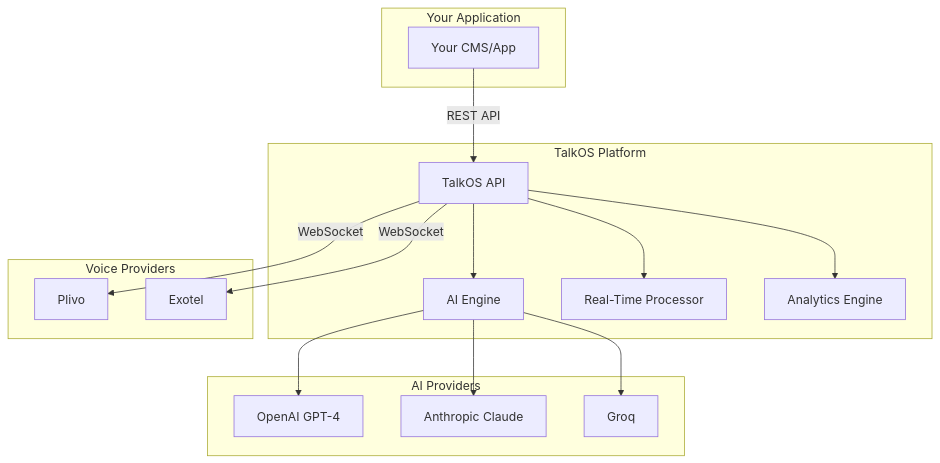
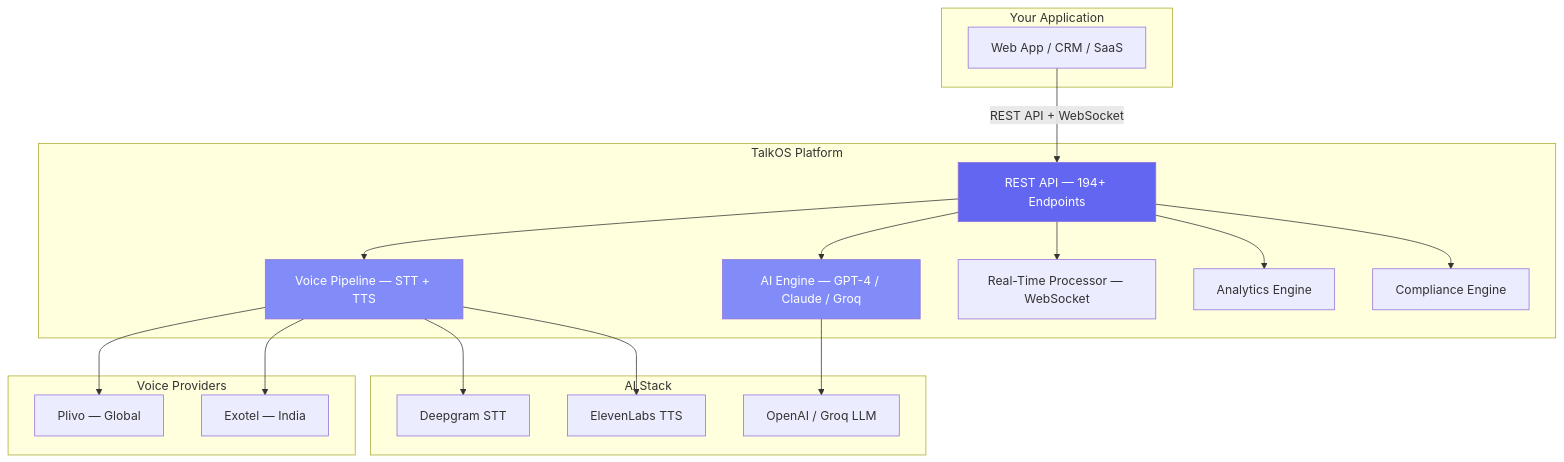
One commit to hearufun/docs changed the diagram in introduction.mdx. Above: the diagram before and after it, drawn with Mermaid. The commit also changed other lines of this file and 20 other files, not shown here.

````diff
--- a/introduction.mdx
+++ b/introduction.mdx
@@ -93,34 +124,42 @@
 ```mermaid
 graph TB
     subgraph "Your Application"
-        A[Your CMS/App]
+        A[Web App / CRM / SaaS]
     end
     
     subgraph "TalkOS Platform"
-        B[TalkOS API]
-        C[AI Engine]
-        D[Real-Time Processor]
-        E[Analytics Engine]
+        B[REST API — 194+ Endpoints]
+        C[AI Engine — GPT-4 / Claude / Groq]
+        D[Voice Pipeline — STT + TTS]
+        E[Real-Time Processor — WebSocket]
+        F[Analytics Engine]
+        G[Compliance Engine]
     end
     
     subgraph "Voice Providers"
-        F[Plivo]
-        G[Exotel]
+        H[Plivo — Global]
+        I[Exotel — India]
     end
     
-    subgraph "AI Providers"
-        H[OpenAI GPT-4]
-        I[Anthropic Claude]
-        J[Groq]
+    subgraph "AI Stack"
+        J[Deepgram STT]
+        K[ElevenLabs TTS]
+        L[OpenAI / Groq LLM]
     end
     
-    A -->|REST API| B
+    A -->|REST API + WebSocket| B
     B --> C
     B --> D
     B --> E
-    B -->|WebSocket| F
-    B -->|WebSocket| G
-    C --> H
-    C --> I
-    C --> J
+    B --> F
+    B --> G
+    D --> H
+    D --> I
+    C --> L
+    D --> J
+    D --> K
+    
+    style B fill:#6366F1,color:#fff
+    style C fill:#818CF8,color:#fff
+    style D fill:#818CF8,color:#fff
 ```
````
